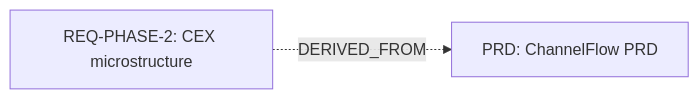
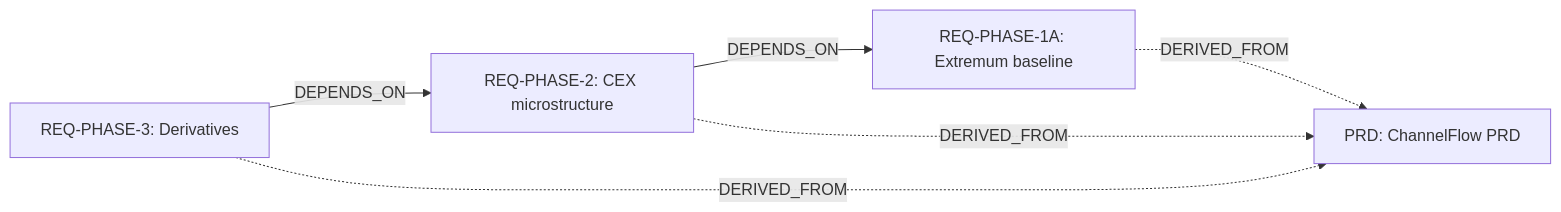
Before and after one commit to nikshev/market-forge: the fourth of 11 diagrams in vault/00-index/Traceability Dashboard.md, drawn with Mermaid. The commit also changed other lines of this file, not shown here.

````diff
--- a/vault/00-index/Traceability Dashboard.md
+++ b/vault/00-index/Traceability Dashboard.md
@@ -135,6 +150,12 @@
 ```mermaid
 graph LR
   PRD["PRD: ChannelFlow PRD"]
+  REQ_PHASE_1A["REQ-PHASE-1A: Extremum baseline"]
   REQ_PHASE_2["REQ-PHASE-2: CEX microstructure"]
+  REQ_PHASE_3["REQ-PHASE-3: Derivatives"]
+  REQ_PHASE_2 -->|DEPENDS_ON| REQ_PHASE_1A
+  REQ_PHASE_3 -->|DEPENDS_ON| REQ_PHASE_2
+  REQ_PHASE_1A -.->|DERIVED_FROM| PRD
   REQ_PHASE_2 -.->|DERIVED_FROM| PRD
+  REQ_PHASE_3 -.->|DERIVED_FROM| PRD
 ```
````
